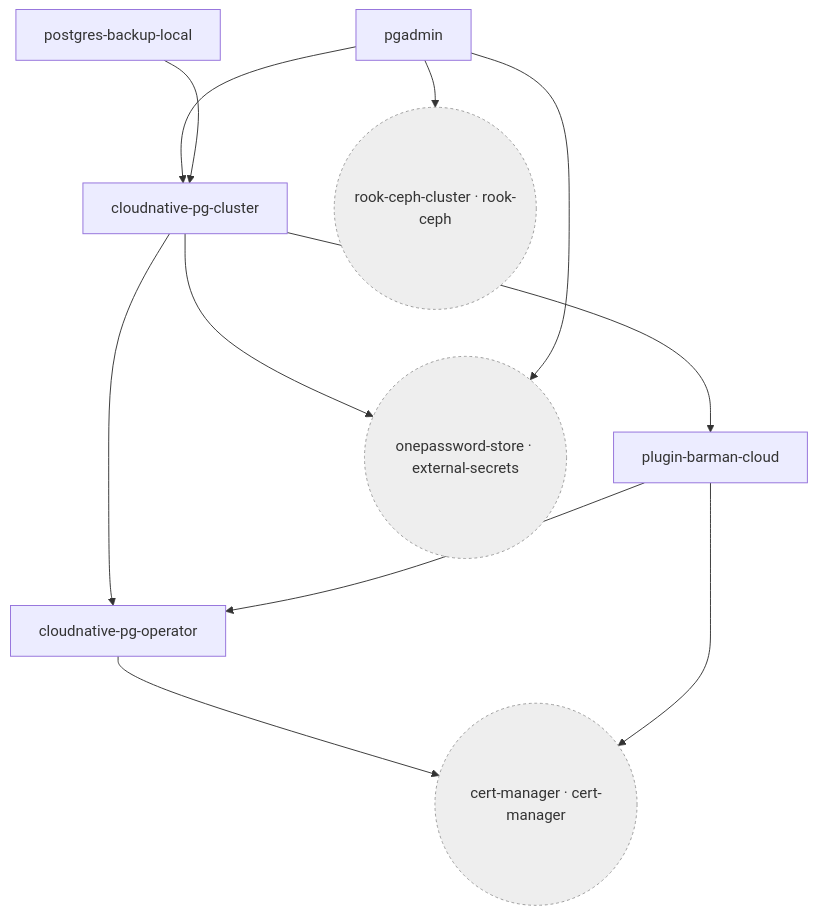
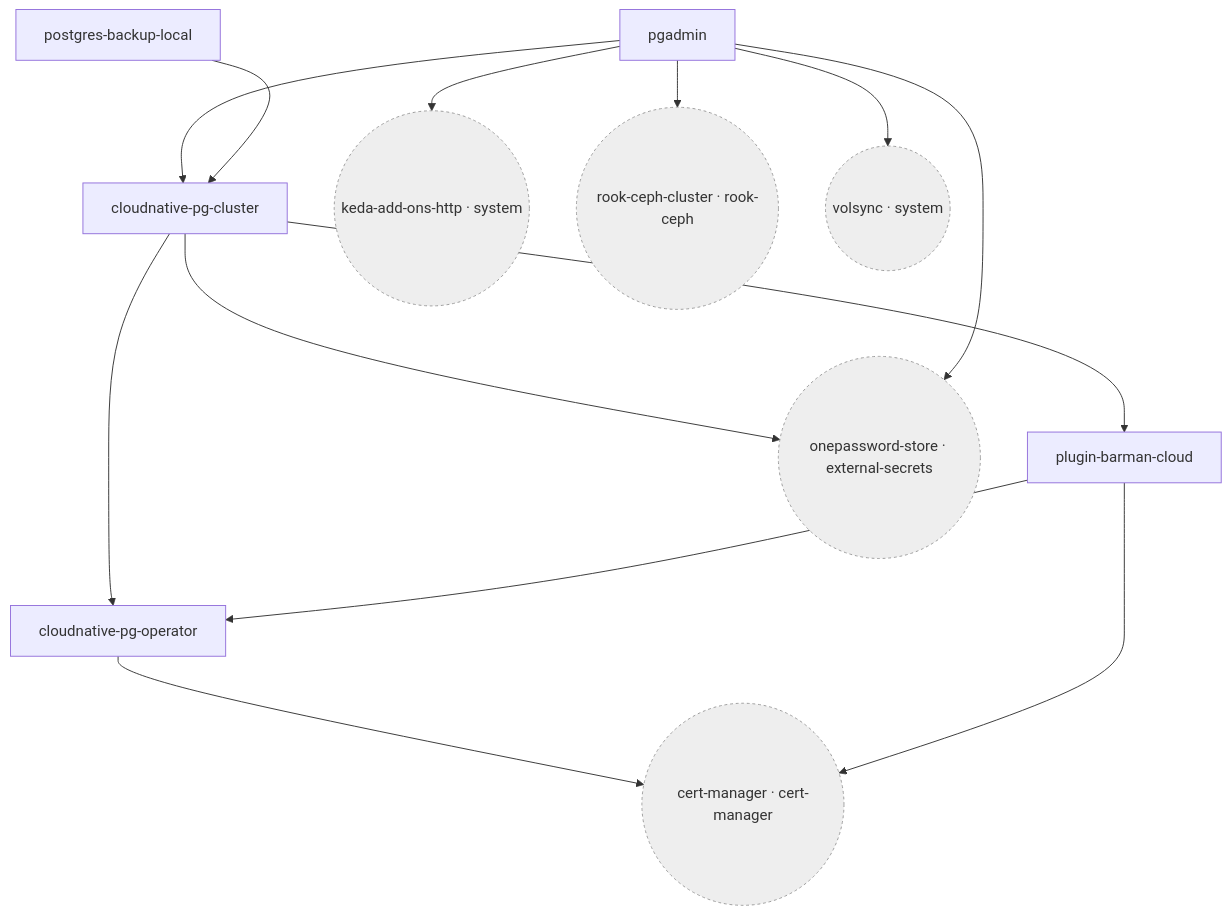
Before and after one commit to qnimbus/home-lab: the fifth of 21 diagrams in docs/CLUSTER.md, drawn with Mermaid. The commit also changed other lines of this file and 19 other files, not shown here.

````diff
--- a/docs/CLUSTER.md
+++ b/docs/CLUSTER.md
@@ -994,22 +1013,26 @@
 ```mermaid
 flowchart TD
   flux_system_cloudnative_pg_cluster["cloudnative-pg-cluster"]
   flux_system_cloudnative_pg_operator["cloudnative-pg-operator"]
   flux_system_pgadmin["pgadmin"]
   flux_system_plugin_barman_cloud["plugin-barman-cloud"]
   flux_system_postgres_backup_local["postgres-backup-local"]
   flux_system_cert_manager(("cert-manager · cert-manager")):::external
+  flux_system_keda_add_ons_http(("keda-add-ons-http · system")):::external
   flux_system_onepassword_store(("onepassword-store · external-secrets")):::external
   flux_system_rook_ceph_cluster(("rook-ceph-cluster · rook-ceph")):::external
+  flux_system_volsync(("volsync · system")):::external
   flux_system_cloudnative_pg_cluster --> flux_system_cloudnative_pg_operator
   flux_system_cloudnative_pg_cluster --> flux_system_onepassword_store
   flux_system_cloudnative_pg_cluster --> flux_system_plugin_barman_cloud
   flux_system_cloudnative_pg_operator --> flux_system_cert_manager
   flux_system_pgadmin --> flux_system_cloudnative_pg_cluster
+  flux_system_pgadmin --> flux_system_keda_add_ons_http
   flux_system_pgadmin --> flux_system_onepassword_store
   flux_system_pgadmin --> flux_system_rook_ceph_cluster
+  flux_system_pgadmin --> flux_system_volsync
   flux_system_plugin_barman_cloud --> flux_system_cert_manager
   flux_system_plugin_barman_cloud --> flux_system_cloudnative_pg_operator
   flux_system_postgres_backup_local --> flux_system_cloudnative_pg_cluster
   classDef external fill:#eee,stroke:#999,stroke-dasharray: 3 3
 ```
````
